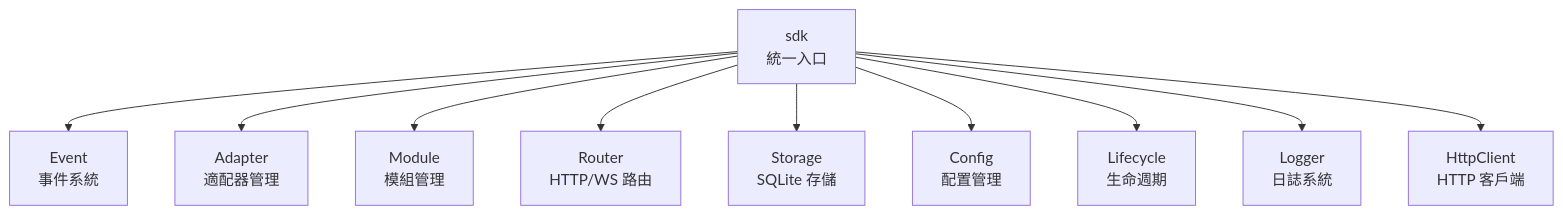
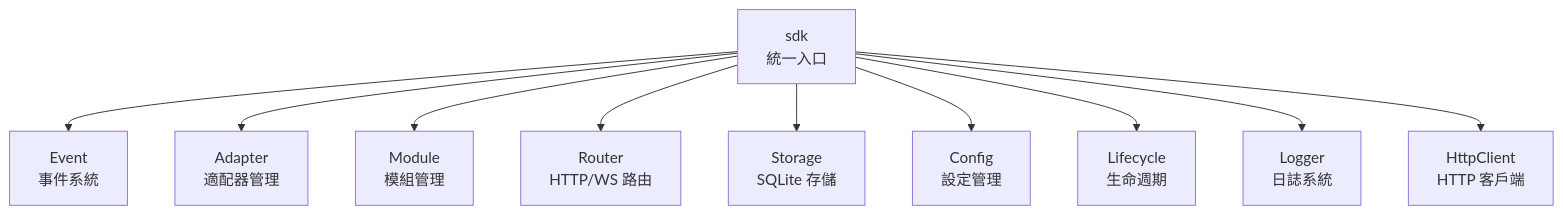
One commit to ErisPulse/ErisPulse changed the second of 2 diagrams in README.zh-TW.md. Above: the diagram before and after it, drawn with Mermaid. The commit also changed other lines of this file and 7 other files, not shown here.

````diff
--- a/README.zh-TW.md
+++ b/README.zh-TW.md
@@ -524,14 +504,14 @@
 ```mermaid
 graph TB
     SDK["sdk<br/>統一入口"]
 
     SDK --> Event["Event<br/>事件系統"]
     SDK --> AdapterMgr["Adapter<br/>適配器管理"]
     SDK --> ModuleMgr["Module<br/>模組管理"]
     SDK --> Router["Router<br/>HTTP/WS 路由"]
     SDK --> Storage["Storage<br/>SQLite 存儲"]
-    SDK --> Config["Config<br/>配置管理"]
+    SDK --> Config["Config<br/>設定管理"]
     SDK --> Lifecycle["Lifecycle<br/>生命週期"]
     SDK --> Logger["Logger<br/>日誌系統"]
     SDK --> Client["HttpClient<br/>HTTP 客戶端"]
 ```
````
